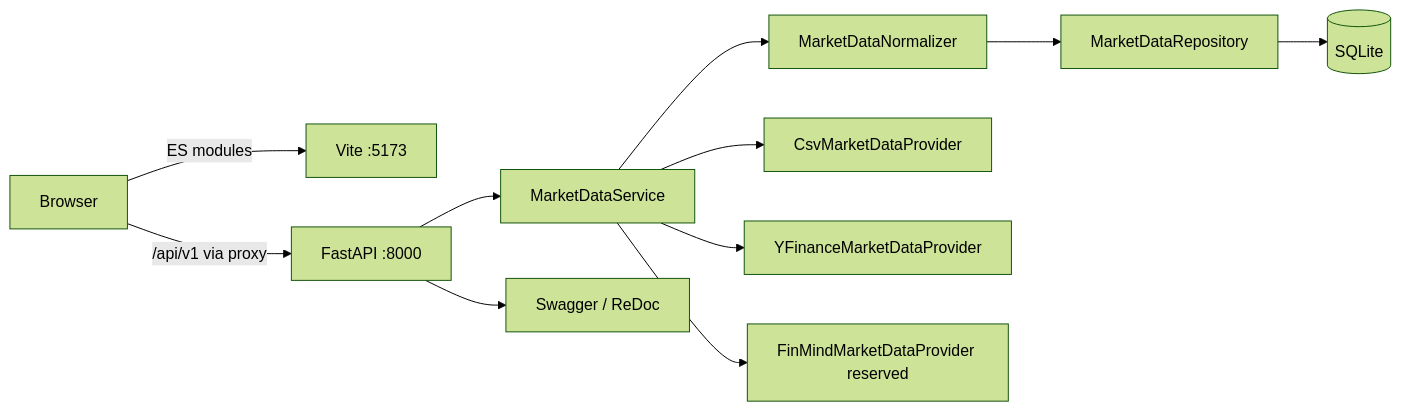
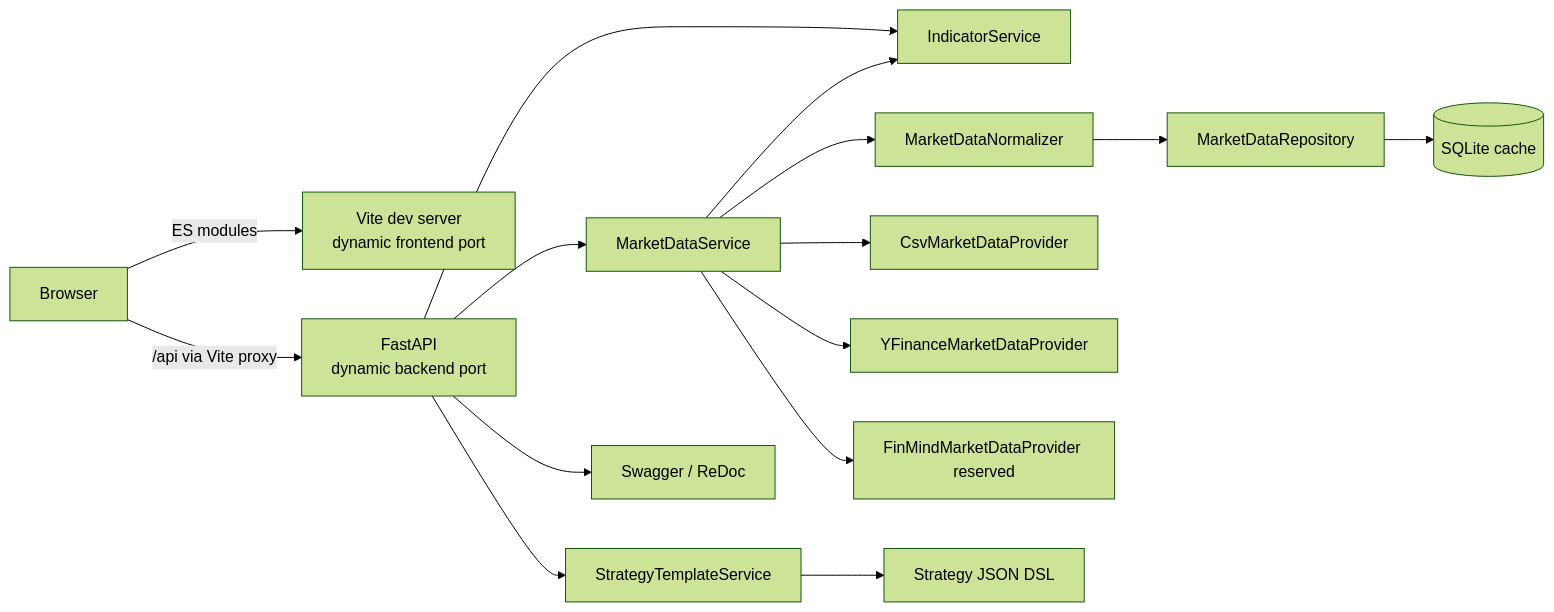
Before and after one commit to Justin21523/quant-strategy-agent-lab: the first of 5 diagrams in docs/ARCHITECTURE.md, drawn with Mermaid (forest theme). The commit also changed other lines of this file and 70 other files, not shown here.

Commit message:
feat: implement strategy template system and JSON DSL builder

````diff
--- a/docs/ARCHITECTURE.md
+++ b/docs/ARCHITECTURE.md
@@ -5,13 +9,17 @@
 ```mermaid
 flowchart LR
-    Browser[Browser] -->|ES modules| Vite[Vite :5173]
-    Browser -->|/api/v1 via proxy| FastAPI[FastAPI :8000]
-    FastAPI --> Service[MarketDataService]
-    Service --> Normalizer[MarketDataNormalizer]
-    Service --> CSV[CsvMarketDataProvider]
-    Service --> YF[YFinanceMarketDataProvider]
-    Service --> FM[FinMindMarketDataProvider reserved]
+    Browser[Browser] -->|ES modules| Vite[Vite dev server<br/>dynamic frontend port]
+    Browser -->|/api via Vite proxy| FastAPI[FastAPI<br/>dynamic backend port]
+    FastAPI --> Market[MarketDataService]
+    FastAPI --> Indicators[IndicatorService]
+    FastAPI --> Strategies[StrategyTemplateService]
+    Market --> Normalizer[MarketDataNormalizer]
+    Market --> CSV[CsvMarketDataProvider]
+    Market --> YF[YFinanceMarketDataProvider]
+    Market --> FM[FinMindMarketDataProvider reserved]
     Normalizer --> Repo[MarketDataRepository]
-    Repo --> SQLite[(SQLite)]
+    Repo --> SQLite[(SQLite cache)]
+    Market --> Indicators
+    Strategies --> DSL[Strategy JSON DSL]
     FastAPI --> OpenAPI[Swagger / ReDoc]
 ```
````
